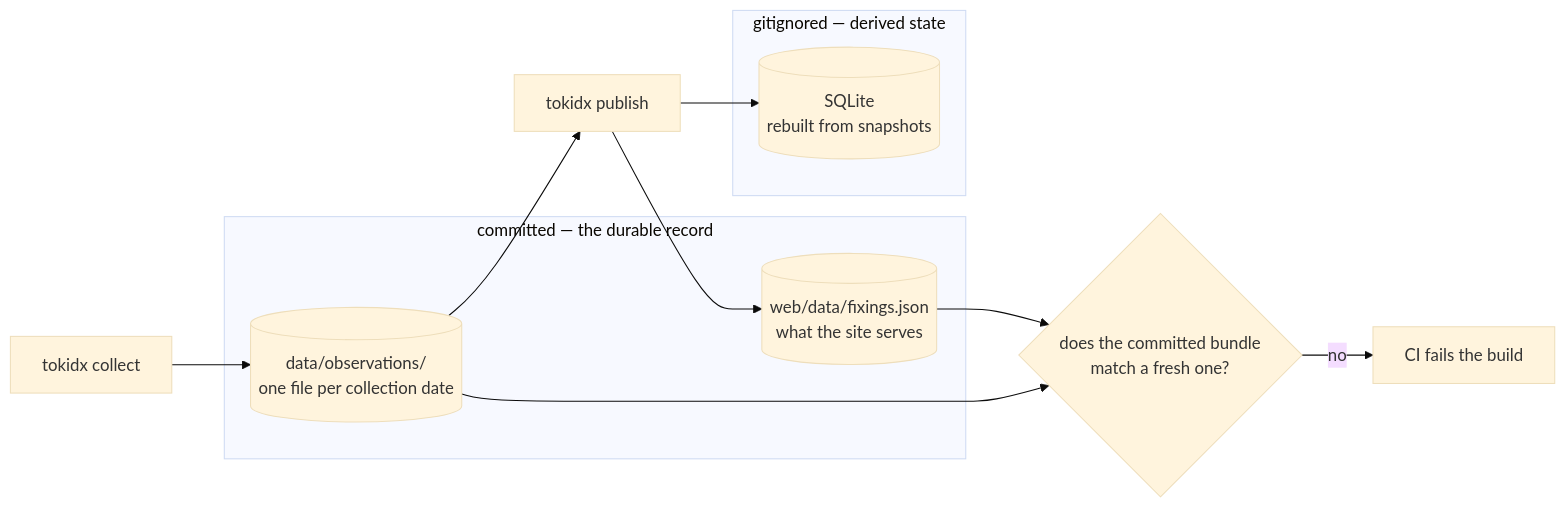
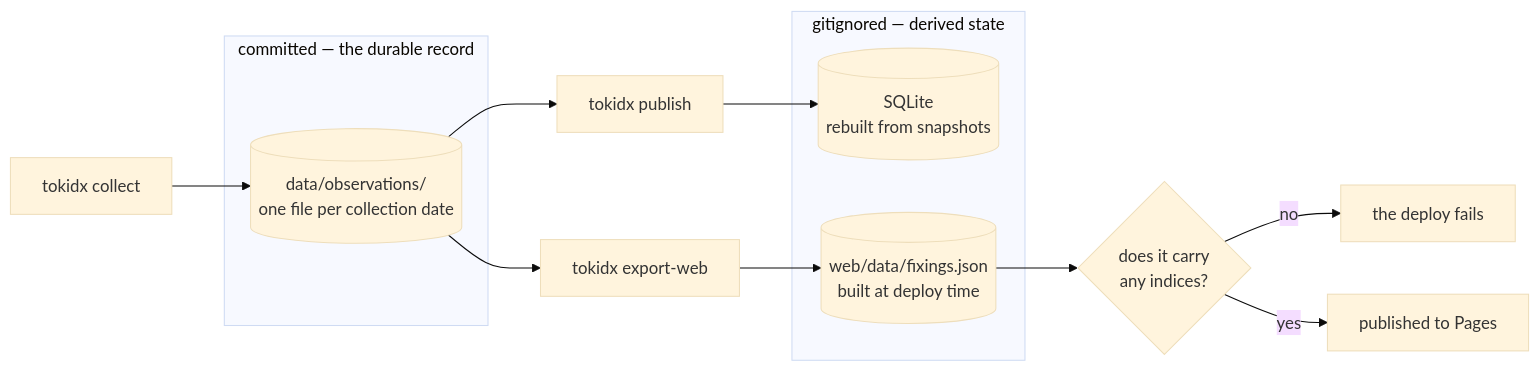
Before and after one commit to henryzhangpku/token-price-index: the second of 2 diagrams in README.md, drawn with Mermaid (base theme). The commit also changed other lines of this file and 3 other files, not shown here.

````diff
--- a/README.md
+++ b/README.md
@@ -153,19 +153,20 @@
 ```mermaid
 flowchart LR
     subgraph durable ["committed — the durable record"]
         SNAP[("data/observations/<br/>one file per collection date")]
-        BUNDLE[("web/data/fixings.json<br/>what the site serves")]
     end
 
     subgraph derived ["gitignored — derived state"]
         DB[("SQLite<br/>rebuilt from snapshots")]
+        BUNDLE[("web/data/fixings.json<br/>built at deploy time")]
     end
 
     COLLECT["tokidx collect"] --> SNAP
     SNAP --> PUBLISH["tokidx publish"]
     PUBLISH --> DB
-    PUBLISH --> BUNDLE
-    SNAP --> CI{"does the committed bundle<br/>match a fresh one?"}
-    BUNDLE --> CI
-    CI -- no --> FAIL["CI fails the build"]
+    SNAP --> EXPORT["tokidx export-web"]
+    EXPORT --> BUNDLE
+    BUNDLE --> CI{"does it carry<br/>any indices?"}
+    CI -- no --> FAIL["the deploy fails"]
+    CI -- yes --> PAGES["published to Pages"]
 ```
````
